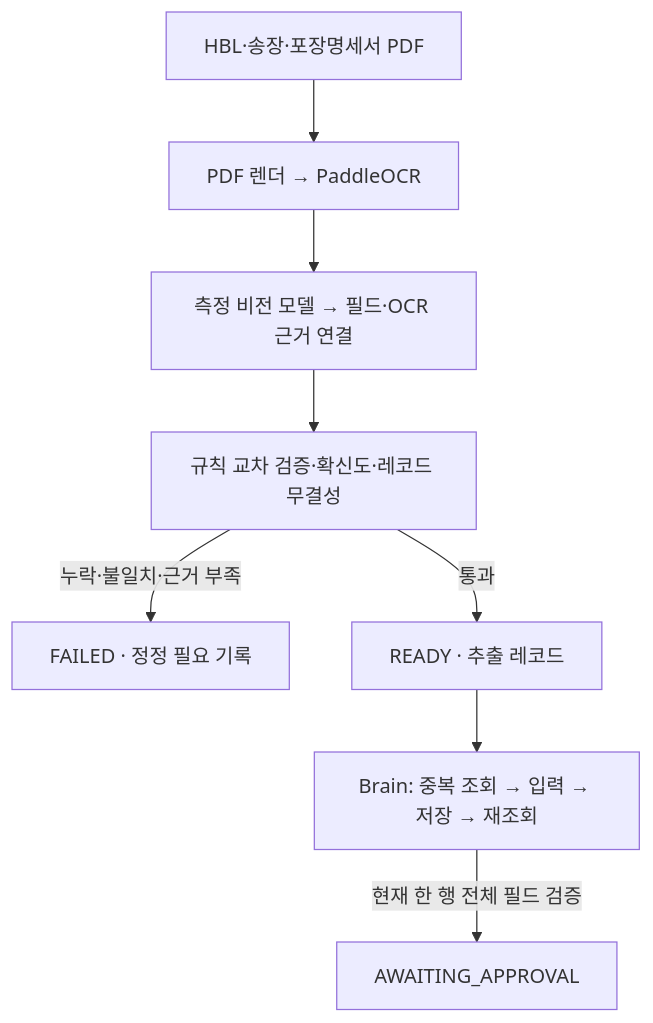
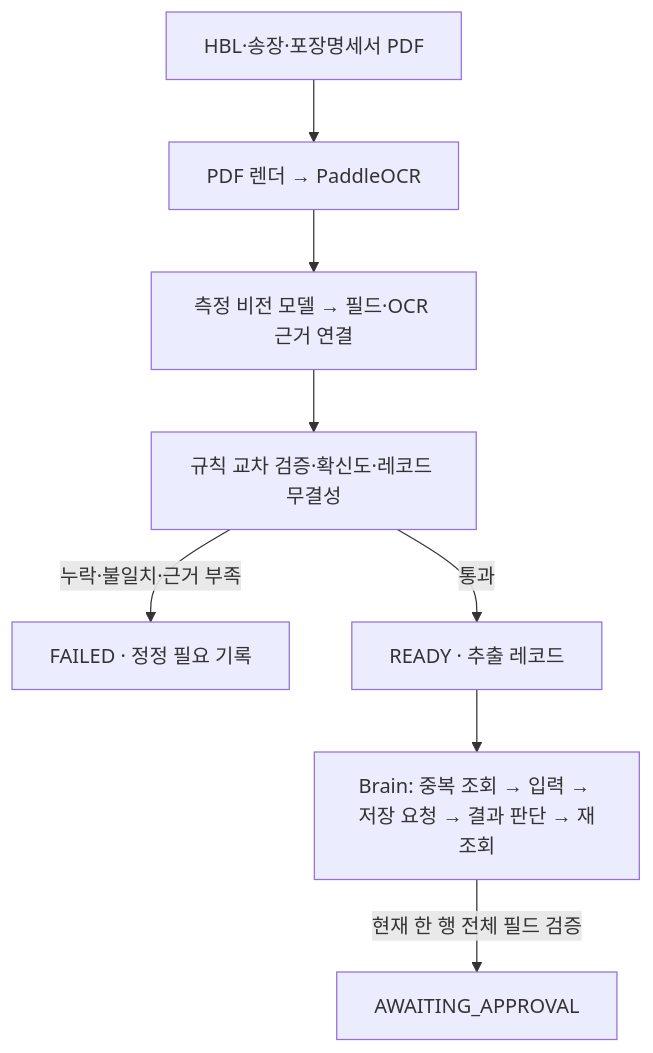
Before and after one commit to Dreamtreeme/agent-sawon: the first of 2 diagrams in docs/code-flow.md, drawn with Mermaid. The commit also changed other lines of this file and 13 other files, not shown here.

````diff
--- a/docs/code-flow.md
+++ b/docs/code-flow.md
@@ -8,10 +8,10 @@
 ```mermaid
 flowchart TD
     DOC["HBL·송장·포장명세서 PDF"] --> OCR["PDF 렌더 → PaddleOCR"]
     OCR --> EX["측정 비전 모델 → 필드·OCR 근거 연결"]
     EX --> CHECK["규칙 교차 검증·확신도·레코드 무결성"]
     CHECK -->|누락·불일치·근거 부족| FAIL["FAILED · 정정 필요 기록"]
     CHECK -->|통과| READY["READY · 추출 레코드"]
-    READY --> BRAIN["Brain: 중복 조회 → 입력 → 저장 → 재조회"]
+    READY --> BRAIN["Brain: 중복 조회 → 입력 → 저장 요청 → 결과 판단 → 재조회"]
     BRAIN -->|현재 한 행 전체 필드 검증| APPROVAL["AWAITING_APPROVAL"]
 ```
````
